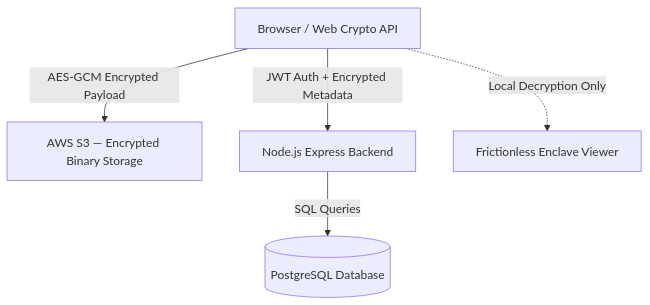
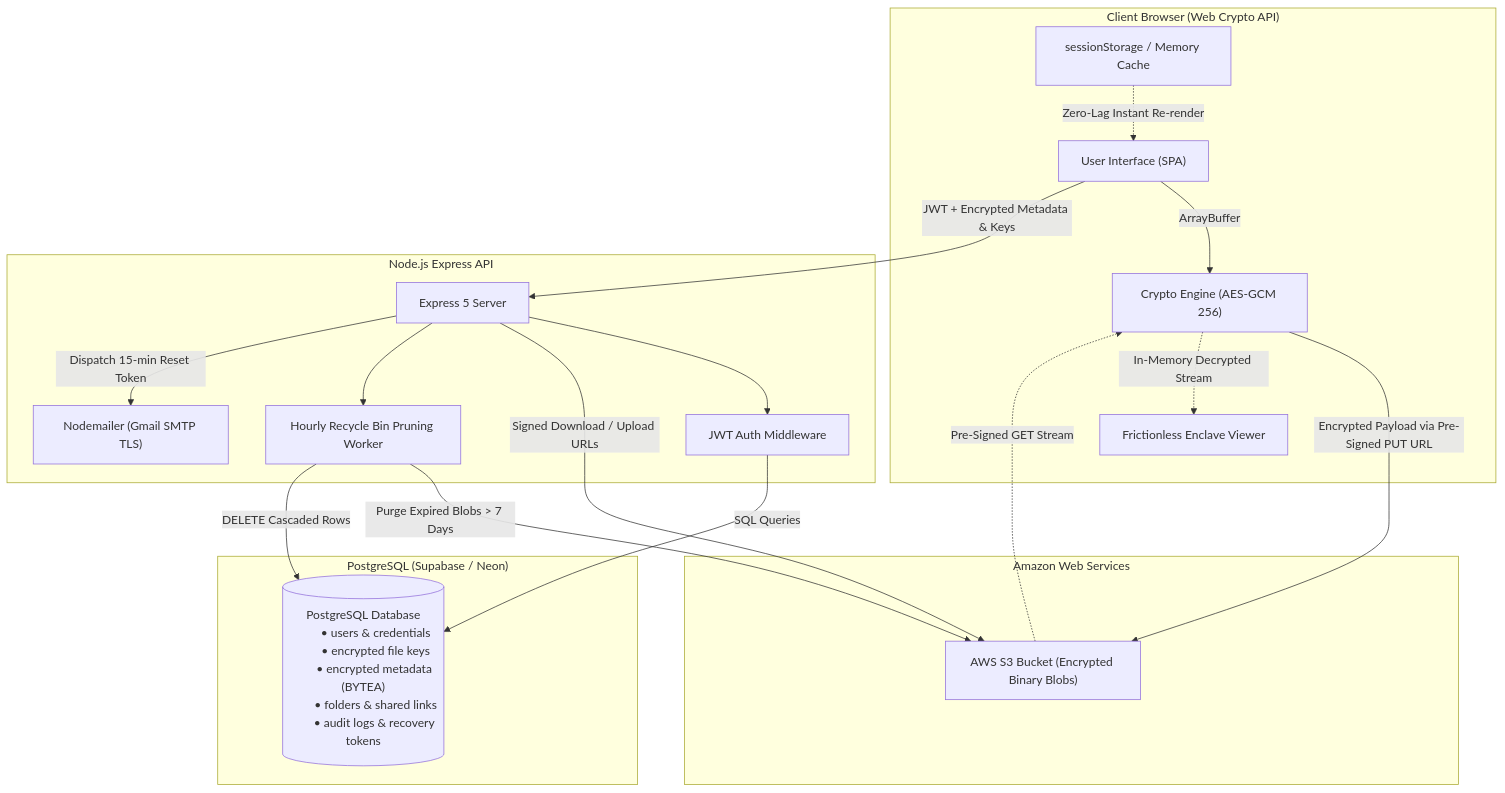
Before and after one commit to Adidam-Akshay-Bhaskar/SecureVault: the diagram in README.md, drawn with Mermaid. The commit also changed other lines of this file, not shown here.

Commit message:
docs: comprehensive rewrite of README with accurate cryptography, RSA evolution, enclave viewers, and full API specs

````diff
--- a/README.md
+++ b/README.md
@@ -10,13 +12,43 @@
 ```mermaid
 graph TD
-    Client[Browser / Web Crypto API]
-    S3[AWS S3 — Encrypted Binary Storage]
-    Express[Node.js Express Backend]
-    DB[(PostgreSQL Database)]
-    Viewer[Frictionless Enclave Viewer]
+    subgraph Browser ["Client Browser (Web Crypto API)"]
+        UI["User Interface (SPA)"]
+        Crypto["Crypto Engine (AES-GCM 256)"]
+        Viewer["Frictionless Enclave Viewer"]
+        Cache["sessionStorage / Memory Cache"]
+    end
 
-    Client -->|AES-GCM Encrypted Payload| S3
-    Client -->|JWT Auth + Encrypted Metadata| Express
-    Express -->|SQL Queries| DB
-    Client -.->|Local Decryption Only| Viewer
+    subgraph AWS ["Amazon Web Services"]
+        S3["AWS S3 Bucket (Encrypted Binary Blobs)"]
+    end
+
+    subgraph Backend ["Node.js Express API"]
+        Server["Express 5 Server"]
+        AuthMiddleware["JWT Auth Middleware"]
+        CronTask["Hourly Recycle Bin Pruning Worker"]
+        SMTP["Nodemailer (Gmail SMTP TLS)"]
+    end
+
+    subgraph Database ["PostgreSQL (Supabase / Neon)"]
+        DB[("PostgreSQL Database
+        • users & credentials
+        • encrypted file keys
+        • encrypted metadata (BYTEA)
+        • folders & shared links
+        • audit logs & recovery tokens")]
+    end
+
+    UI -->|ArrayBuffer| Crypto
+    Crypto -->|Encrypted Payload via Pre-Signed PUT URL| S3
+    UI -->|JWT + Encrypted Metadata & Keys| Server
+    Server --> AuthMiddleware
+    AuthMiddleware -->|SQL Queries| DB
+    Server -->|Signed Download / Upload URLs| S3
+    Server --> CronTask
+    CronTask -->|Purge Expired Blobs > 7 Days| S3
+    CronTask -->|DELETE Cascaded Rows| DB
+    Server -->|Dispatch 15-min Reset Token| SMTP
+    S3 -.->|Pre-Signed GET Stream| Crypto
+    Crypto -.->|In-Memory Decrypted Stream| Viewer
+    Cache -.->|Zero-Lag Instant Re-render| UI
 ```
````
